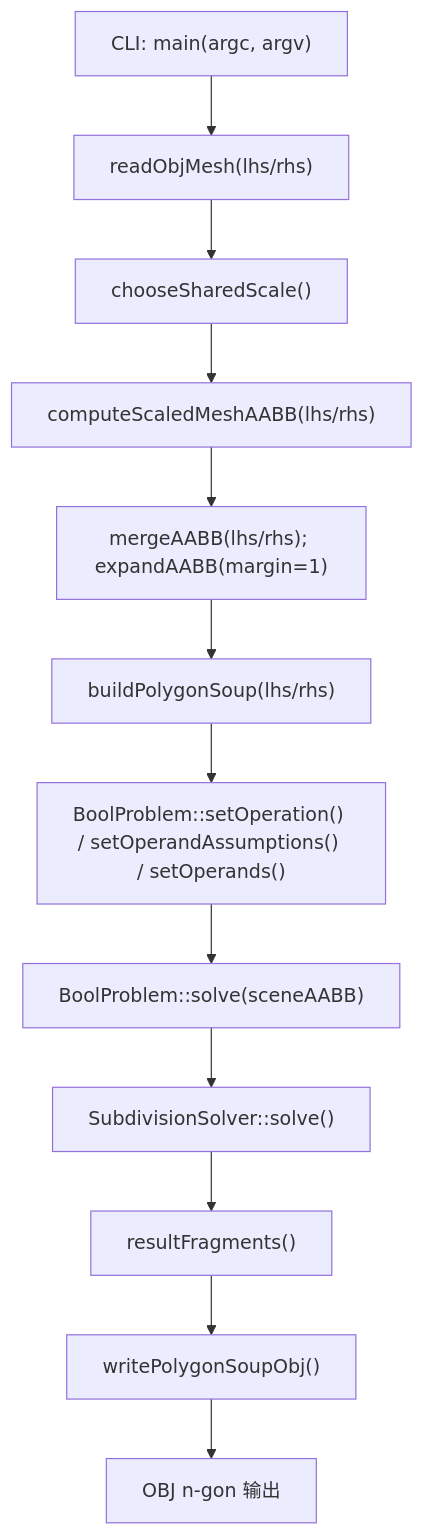
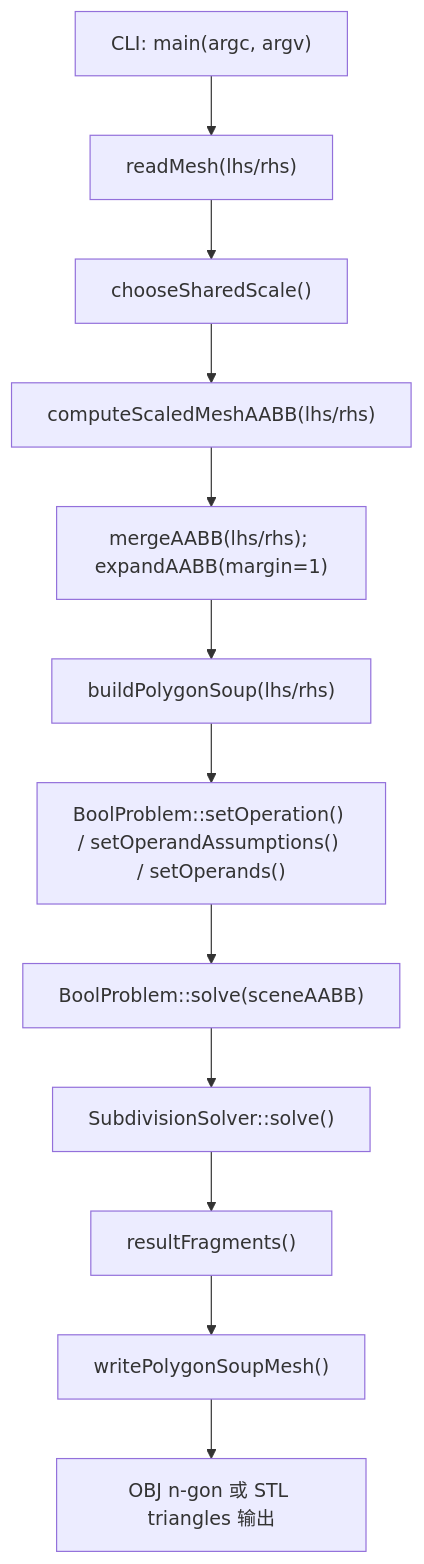
The first of 11 diagrams in docs/core-logic-flow.md (SDU-YueQiu/re-EMBER), drawn with Mermaid before and after one commit. The commit also changed other lines of this file and 8 other files, not shown here.

````diff
--- a/docs/core-logic-flow.md
+++ b/docs/core-logic-flow.md
@@ -32,14 +32,14 @@
 ```mermaid
 flowchart TD
-    A["CLI: main(argc, argv)"] --> B["readObjMesh(lhs/rhs)"]
+    A["CLI: main(argc, argv)"] --> B["readMesh(lhs/rhs)"]
     B --> C["chooseSharedScale()"]
     C --> D["computeScaledMeshAABB(lhs/rhs)"]
     D --> E["mergeAABB(lhs/rhs); expandAABB(margin=1)"]
     E --> F["buildPolygonSoup(lhs/rhs)"]
     F --> G["BoolProblem::setOperation() / setOperandAssumptions() / setOperands()"]
     G --> H["BoolProblem::solve(sceneAABB)"]
     H --> I["SubdivisionSolver::solve()"]
     I --> J["resultFragments()"]
-    J --> K["writePolygonSoupObj()"]
-    K --> L["OBJ n-gon 输出"]
+    J --> K["writePolygonSoupMesh()"]
+    K --> L["OBJ n-gon 或 STL triangles 输出"]
 ```
````
